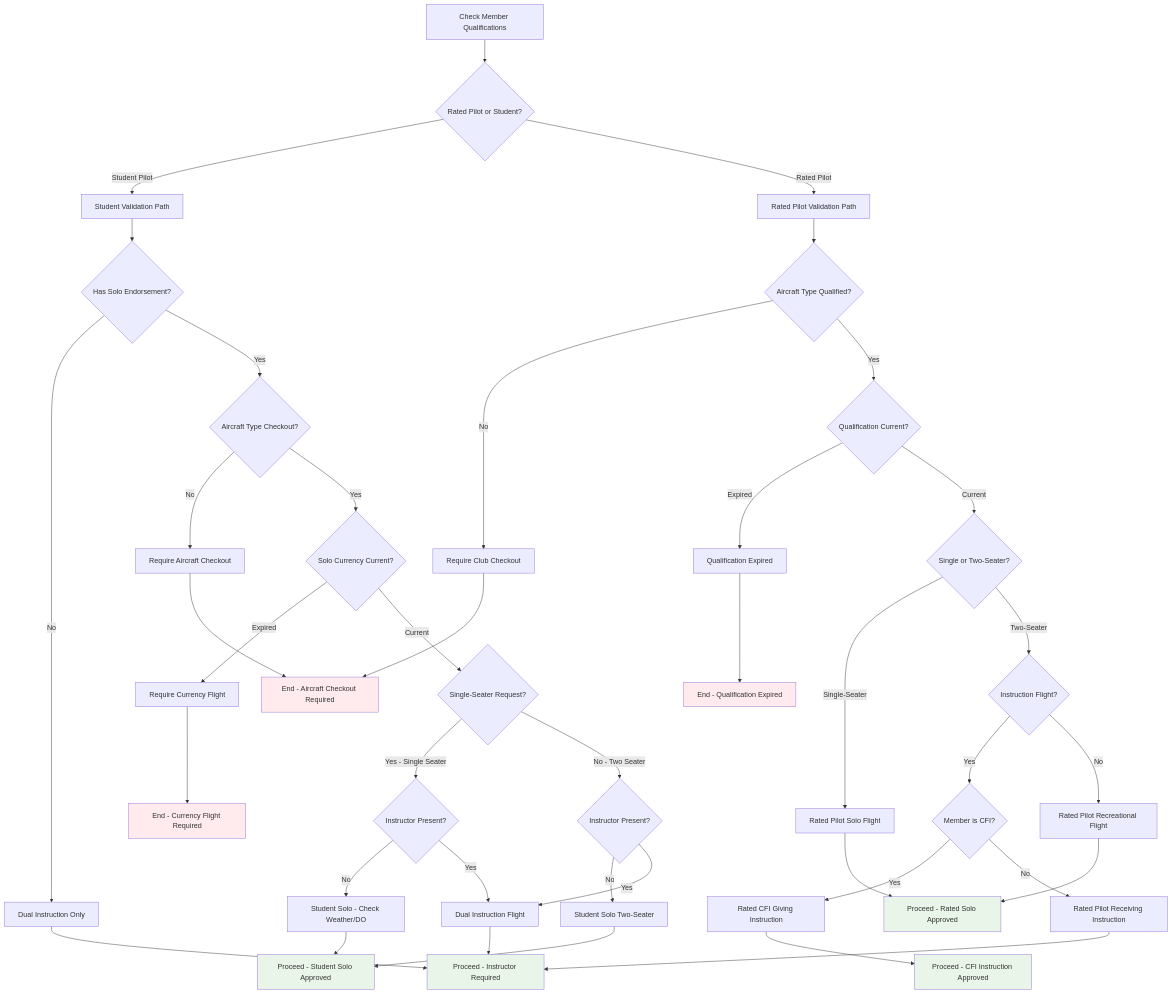
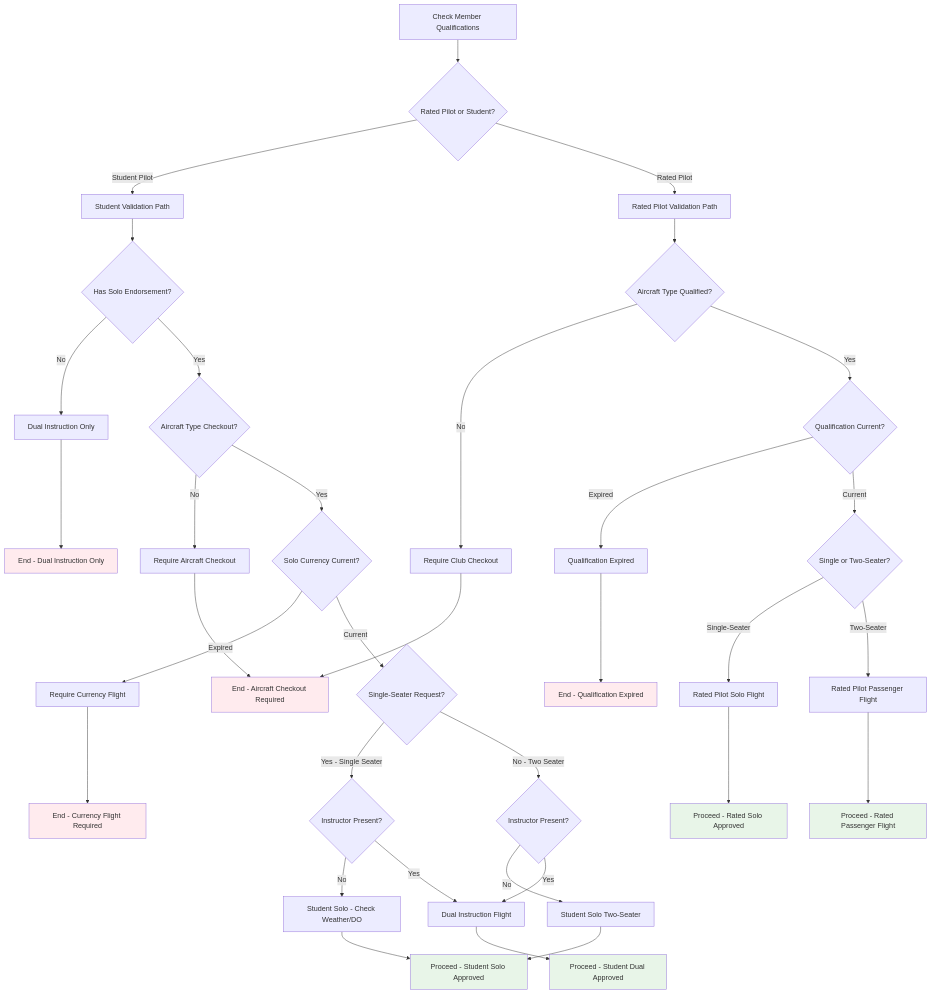
One commit to pietbarber/Manage2Soar changed the second of 6 diagrams in docs/workflows/issue-190-glider-reservation-design.md. Above: the diagram before and after it, drawn with Mermaid. The commit also changed other lines of this file, not shown here.

Commit message:
Refactor instructor assignment workflow to simplify reservation creation. Remove unnecessary instructor selection steps, ensuring immediate reservation confirmation for members without approval delays.

````diff
--- a/docs/workflows/issue-190-glider-reservation-design.md
+++ b/docs/workflows/issue-190-glider-reservation-design.md
@@ -72,56 +62,51 @@
 ```mermaid
 flowchart TD
     A[Check Member Qualifications] --> B{Rated Pilot or Student?}
     
     B -->|Student Pilot| C[Student Validation Path]
     B -->|Rated Pilot| D[Rated Pilot Validation Path]
     
     C --> E{Has Solo Endorsement?}
     E -->|No| F[Dual Instruction Only]
     E -->|Yes| G{Aircraft Type Checkout?}
     G -->|No| H[Require Aircraft Checkout]
     G -->|Yes| I{Solo Currency Current?}
     I -->|Expired| J[Require Currency Flight]
     I -->|Current| K{Single-Seater Request?}
     
     K -->|Yes - Single Seater| L{Instructor Present?}
     L -->|No| M[Student Solo - Check Weather/DO]
     L -->|Yes| N[Dual Instruction Flight]
     K -->|No - Two Seater| O{Instructor Present?}
     O -->|No| P[Student Solo Two-Seater]
     O -->|Yes| N
     
     D --> Q{Aircraft Type Qualified?}
     Q -->|No| R[Require Club Checkout]
     Q -->|Yes| S{Qualification Current?}
     S -->|Expired| T[Qualification Expired]
     S -->|Current| U{Single or Two-Seater?}
     
     U -->|Single-Seater| V[Rated Pilot Solo Flight]
-    U -->|Two-Seater| W{Instruction Flight?}
-    W -->|Yes| X{Member is CFI?}
-    X -->|Yes| Y[Rated CFI Giving Instruction]
-    X -->|No| Z[Rated Pilot Receiving Instruction]
-    W -->|No| AA[Rated Pilot Recreational Flight]
+    U -->|Two-Seater| W[Rated Pilot Passenger Flight]
     
-    F --> BB[Proceed - Instructor Required]
+    F --> BB[End - Dual Instruction Only]
     H --> CC[End - Aircraft Checkout Required]
     J --> DD[End - Currency Flight Required]
     M --> EE[Proceed - Student Solo Approved]
-    N --> BB
+    N --> FF[Proceed - Student Dual Approved]
     P --> EE
     R --> CC
-    T --> FF[End - Qualification Expired]
-    V --> GG[Proceed - Rated Solo Approved]
-    Y --> HH[Proceed - CFI Instruction Approved]
-    Z --> BB
-    AA --> GG
+    T --> GG[End - Qualification Expired]
+    V --> HH[Proceed - Rated Solo Approved]
+    W --> II[Proceed - Rated Passenger Flight]
     
-    style BB fill:#e8f5e8
     style EE fill:#e8f5e8
-    style GG fill:#e8f5e8
+    style FF fill:#e8f5e8
     style HH fill:#e8f5e8
+    style II fill:#e8f5e8
+    style BB fill:#ffebee
     style CC fill:#ffebee
     style DD fill:#ffebee
-    style FF fill:#ffebee
+    style GG fill:#ffebee
 ```
````
